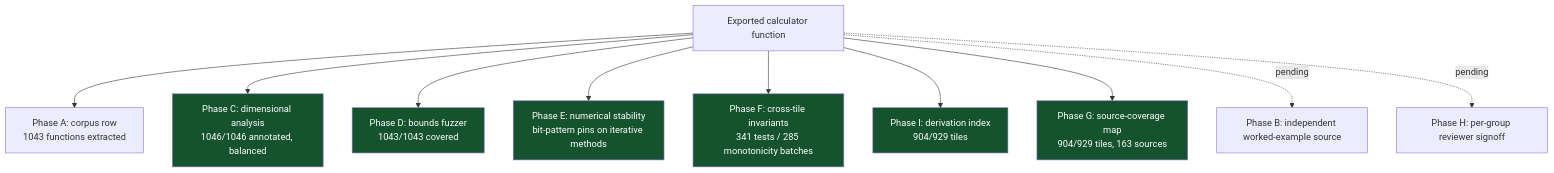
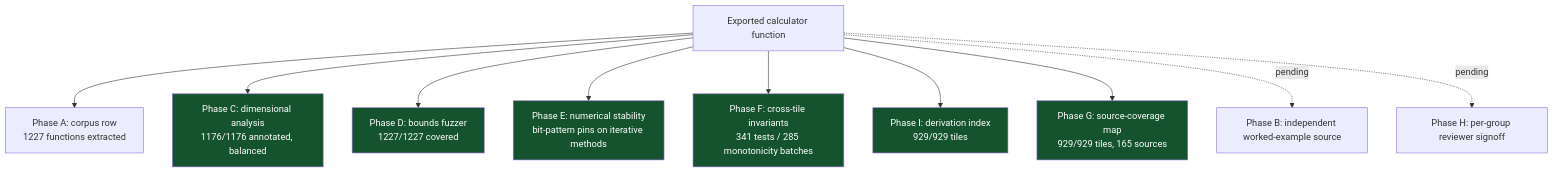
One commit to clay-good/roughlogic.com changed the sixth of 8 diagrams in README.md. Above: the diagram before and after it, drawn with Mermaid. The commit also changed other lines of this file and 2 other files, not shown here.

````diff
--- a/README.md
+++ b/README.md
@@ -519,18 +519,18 @@
 ```mermaid
 flowchart TB
-    F[Exported calculator function] --> A[Phase A: corpus row\n1043 functions extracted]
-    F --> C[Phase C: dimensional analysis\n1046/1046 annotated, balanced]
-    F --> D[Phase D: bounds fuzzer\n1043/1043 covered]
+    F[Exported calculator function] --> A[Phase A: corpus row\n1227 functions extracted]
+    F --> C[Phase C: dimensional analysis\n1176/1176 annotated, balanced]
+    F --> D[Phase D: bounds fuzzer\n1227/1227 covered]
     F --> E[Phase E: numerical stability\nbit-pattern pins on iterative methods]
     F --> Fa[Phase F: cross-tile invariants\n341 tests / 285 monotonicity batches]
-    F --> I[Phase I: derivation index\n904/929 tiles]
-    F --> G[Phase G: source-coverage map\n904/929 tiles, 163 sources]
+    F --> I[Phase I: derivation index\n929/929 tiles]
+    F --> G[Phase G: source-coverage map\n929/929 tiles, 165 sources]
     F -.pending.-> B[Phase B: independent worked-example source]
     F -.pending.-> H[Phase H: per-group reviewer signoff]
     style C fill:#14532d,color:#fff
     style D fill:#14532d,color:#fff
     style E fill:#14532d,color:#fff
     style Fa fill:#14532d,color:#fff
     style G fill:#14532d,color:#fff
     style I fill:#14532d,color:#fff
 ```
````
